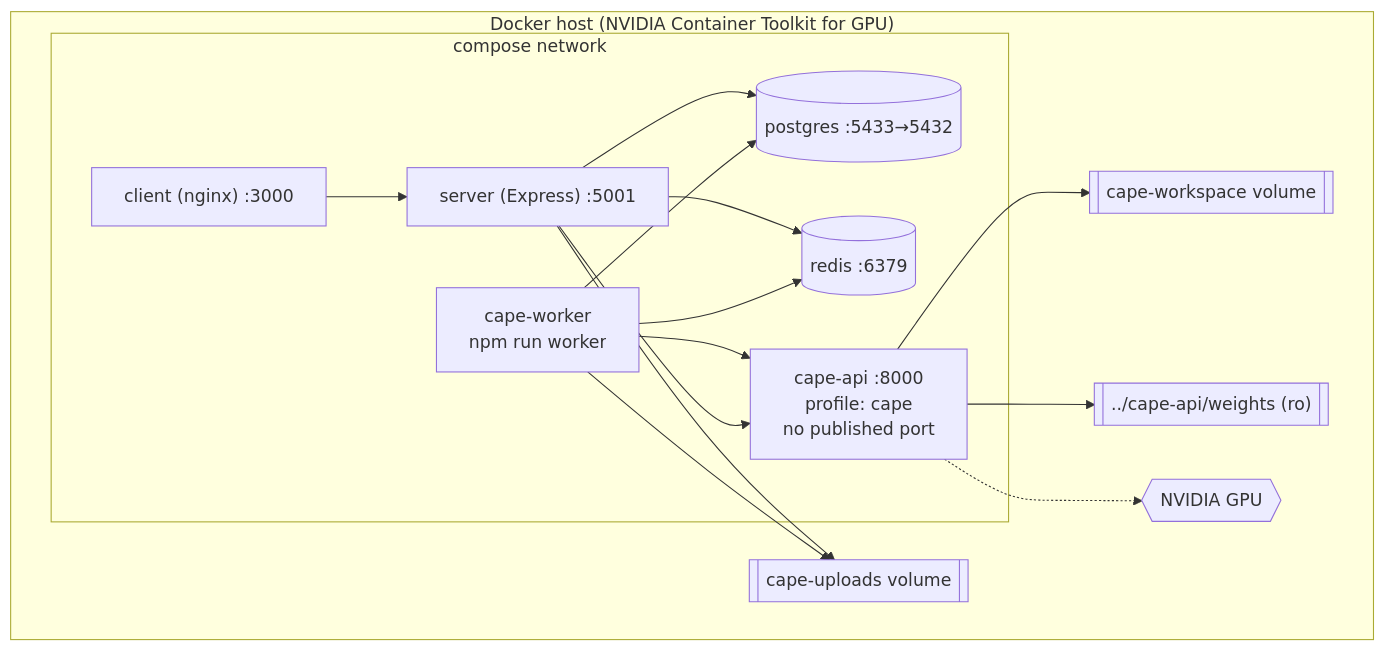
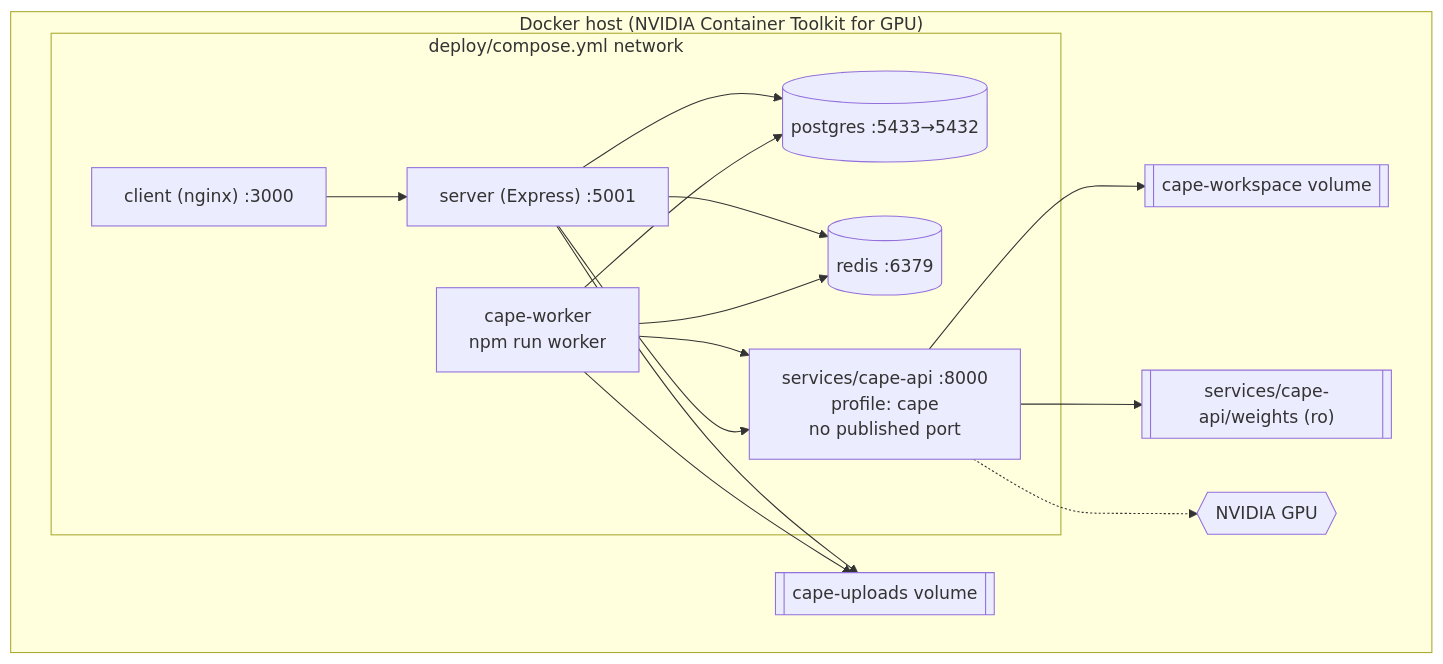
One commit to shahanur/eCricketCoach changed diagram 11 of 11 in docs/cape-api-architecture.md. Above: the diagram before and after it, drawn with Mermaid. The commit also changed other lines of this file and 245 other files, not shown here.

First line of the commit message:
Restructure monorepo into apps/, services/, scripts/ and deploy/

````diff
--- a/docs/cape-api-architecture.md
+++ b/docs/cape-api-architecture.md
@@ -697,23 +697,23 @@
 ```mermaid
 flowchart TB
     subgraph Host["Docker host (NVIDIA Container Toolkit for GPU)"]
-        subgraph Net["compose network"]
+        subgraph Net["deploy/compose.yml network"]
             CL["client (nginx) :3000"]
             SV["server (Express) :5001"]
             CW["cape-worker<br/>npm run worker"]
-            CA["cape-api :8000<br/>profile: cape<br/>no published port"]
+            CA["services/cape-api :8000<br/>profile: cape<br/>no published port"]
             PG[("postgres :5433→5432")]
             RD[("redis :6379")]
         end
         V1[["cape-uploads volume"]]
         V2[["cape-workspace volume"]]
-        V3[["../cape-api/weights (ro)"]]
+        V3[["services/cape-api/weights (ro)"]]
         GPU{{"NVIDIA GPU"}}
     end
     CL --> SV
     SV --> PG & RD & V1
     CW --> PG & RD & V1 & CA
     SV --> CA
     CA --> V2 & V3
     CA -.-> GPU
 ```
````
